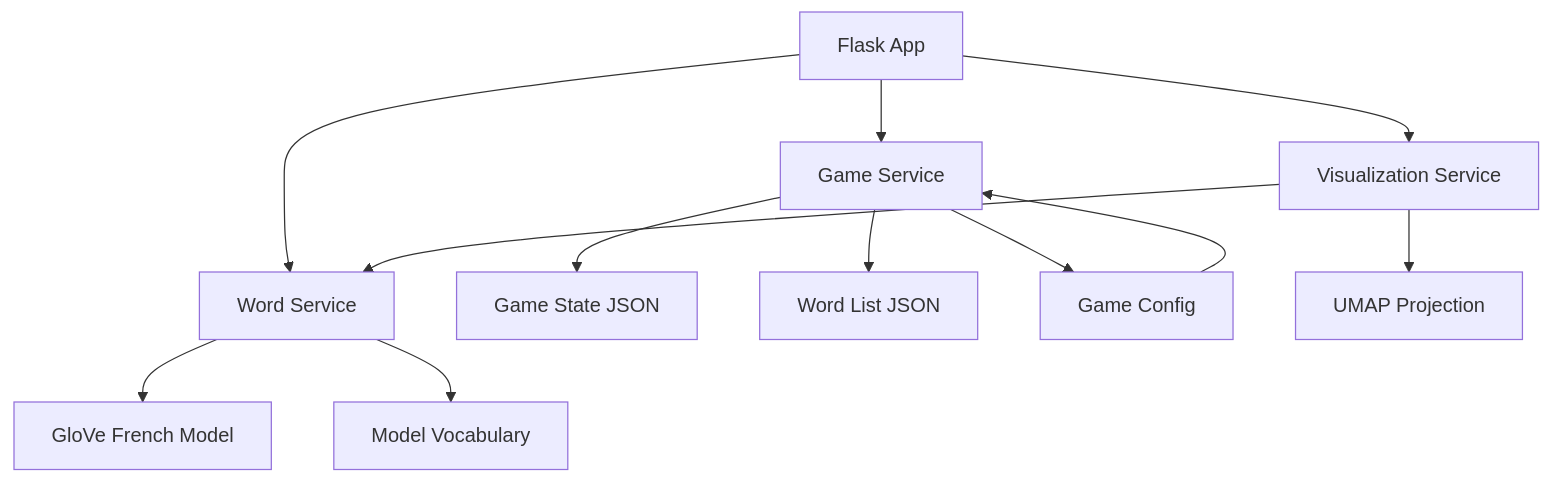
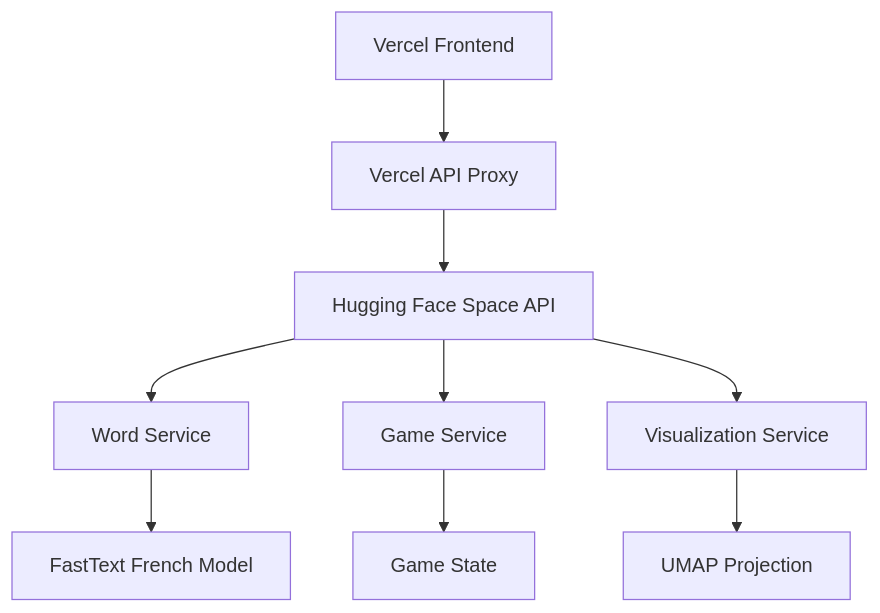
One commit to MattMindQ/semantix_like changed the first of 2 diagrams in description.md. Above: the diagram before and after it, drawn with Mermaid. The commit also changed other lines of this file and 10 other files, not shown here.

````diff
--- a/description.md
+++ b/description.md
@@ -20,14 +20,11 @@
 ```mermaid
 graph TD
-    A[Flask App] --> B[Word Service]
-    A --> C[Game Service]
-    A --> D[Visualization Service]
-    B --> E[GloVe French Model]
-    C --> F[Game State JSON]
-    C --> G[Word List JSON]
-    C --> K[Game Config]
-    D --> B
-    D --> H[UMAP Projection]
-    B --> I[Model Vocabulary]
-    K --> C
+    A[Vercel Frontend] --> B[Vercel API Proxy]
+    B --> C[Hugging Face Space API]
+    C --> D[Word Service]
+    C --> E[Game Service]
+    C --> F[Visualization Service]
+    D --> G[FastText French Model]
+    E --> H[Game State]
+    F --> I[UMAP Projection]
 ```
````
